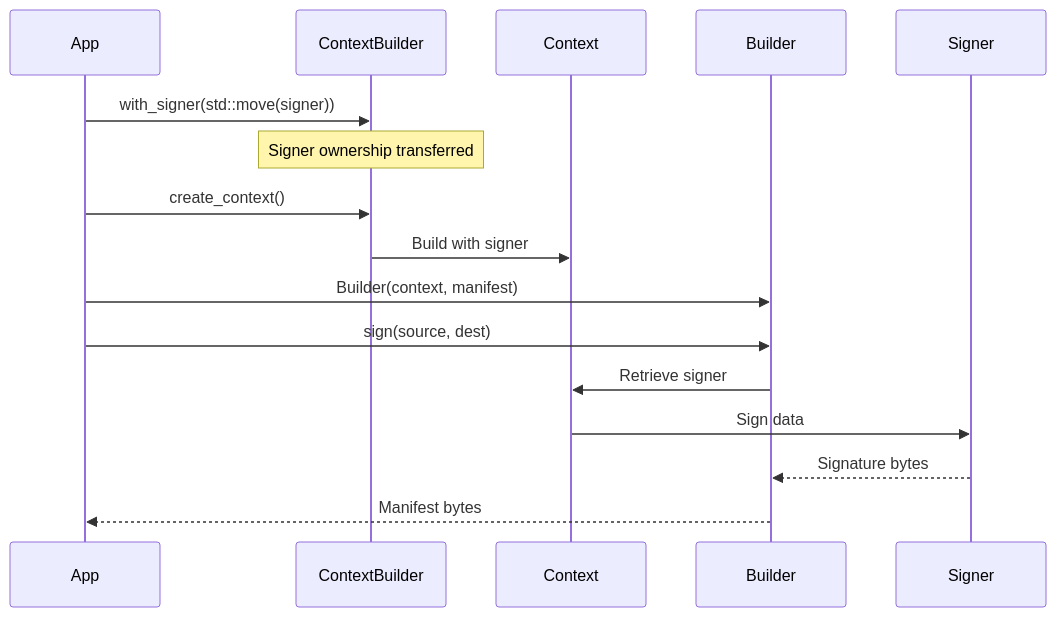
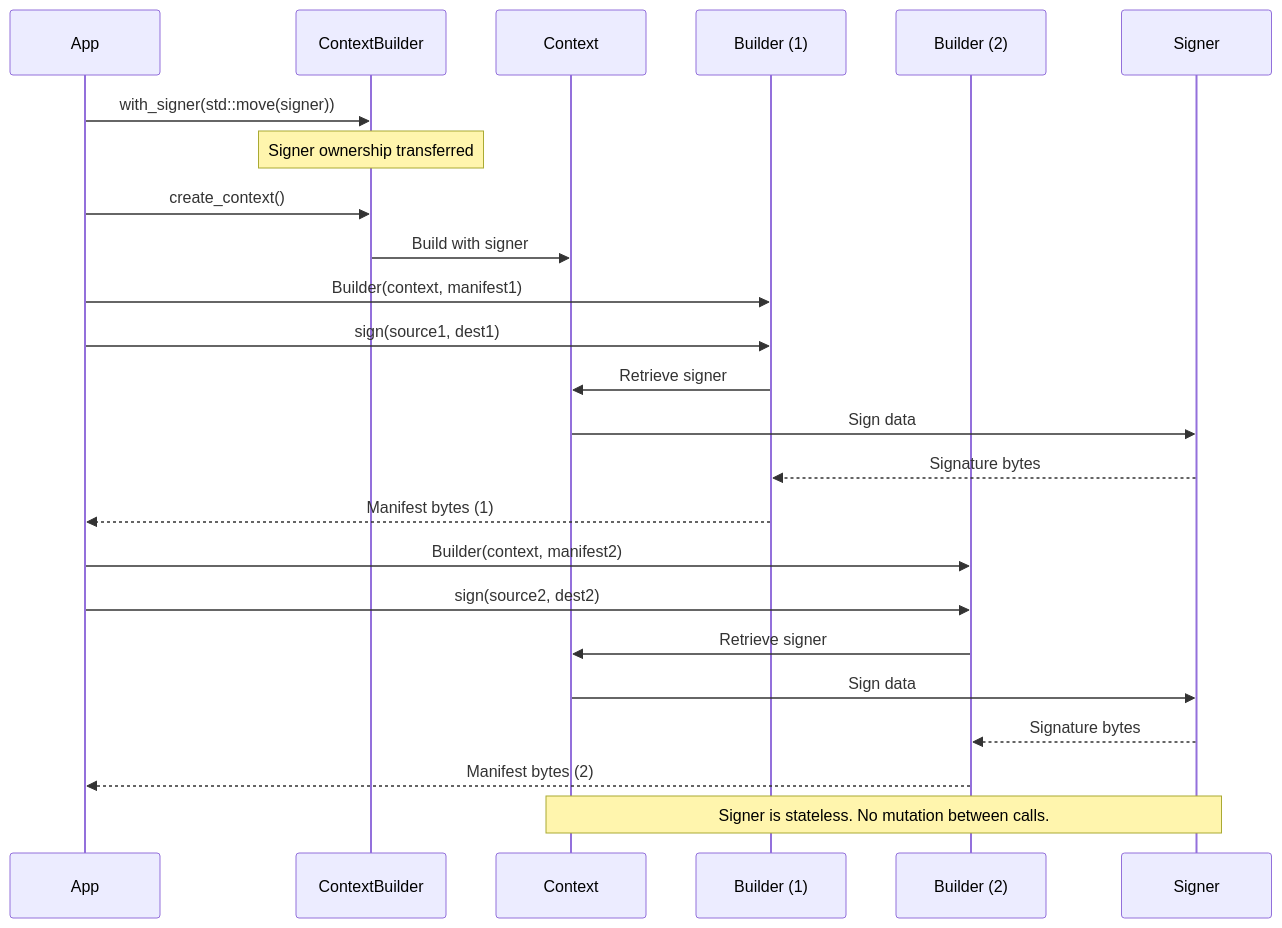
One commit to contentauth/c2pa-c changed the second of 4 diagrams in docs/context.md. Above: the diagram before and after it, drawn with Mermaid. The commit also changed other lines of this file, not shown here.

````diff
--- a/docs/context.md
+++ b/docs/context.md
@@ -561,19 +576,30 @@
 ```mermaid
 sequenceDiagram
     participant App
     participant ContextBuilder
     participant Context
-    participant Builder
+    participant Builder1 as Builder (1)
+    participant Builder2 as Builder (2)
     participant Signer
 
     App->>ContextBuilder: with_signer(std::move(signer))
     Note over ContextBuilder: Signer ownership transferred
     App->>ContextBuilder: create_context()
     ContextBuilder->>Context: Build with signer
-    App->>Builder: Builder(context, manifest)
-    App->>Builder: sign(source, dest)
-    Builder->>Context: Retrieve signer
+
+    App->>Builder1: Builder(context, manifest1)
+    App->>Builder1: sign(source1, dest1)
+    Builder1->>Context: Retrieve signer
     Context->>Signer: Sign data
-    Signer-->>Builder: Signature bytes
-    Builder-->>App: Manifest bytes
+    Signer-->>Builder1: Signature bytes
+    Builder1-->>App: Manifest bytes (1)
+
+    App->>Builder2: Builder(context, manifest2)
+    App->>Builder2: sign(source2, dest2)
+    Builder2->>Context: Retrieve signer
+    Context->>Signer: Sign data
+    Signer-->>Builder2: Signature bytes
+    Builder2-->>App: Manifest bytes (2)
+
+    Note over Context,Signer: Signer is stateless. No mutation between calls.
 ```
````
